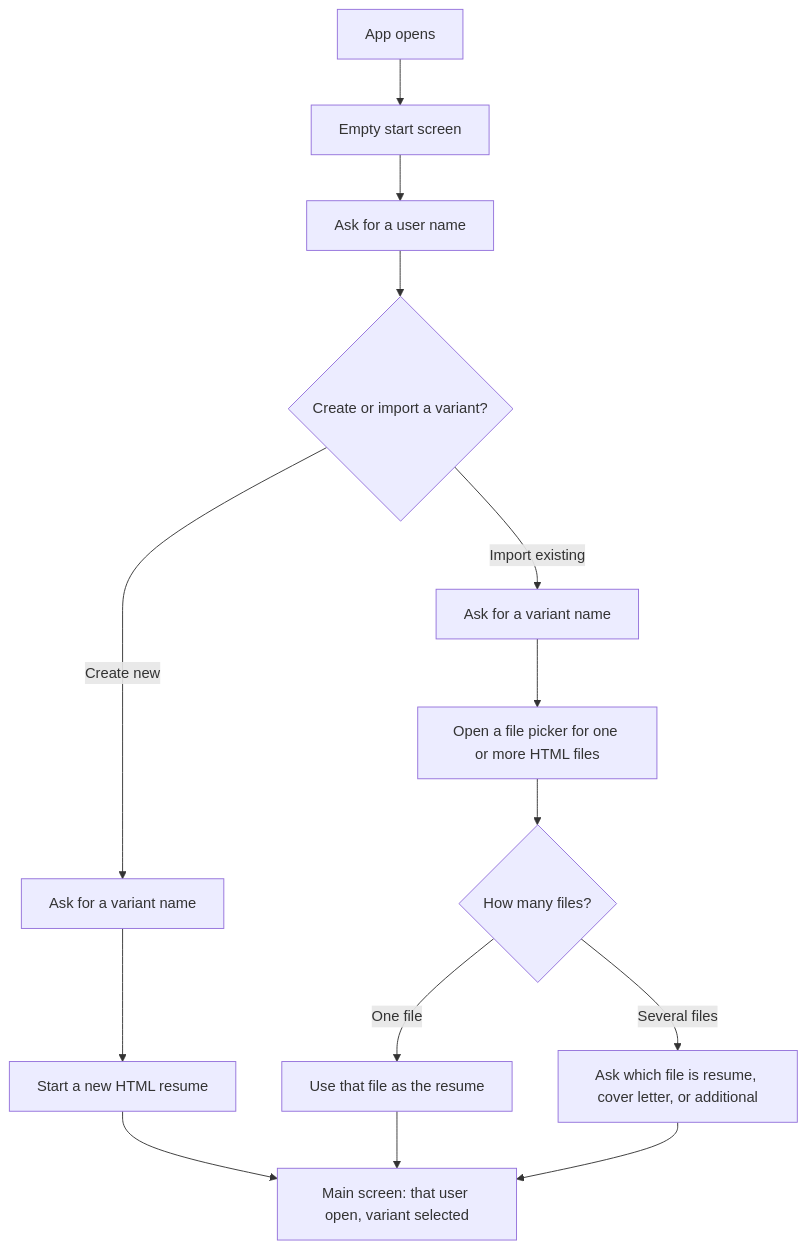
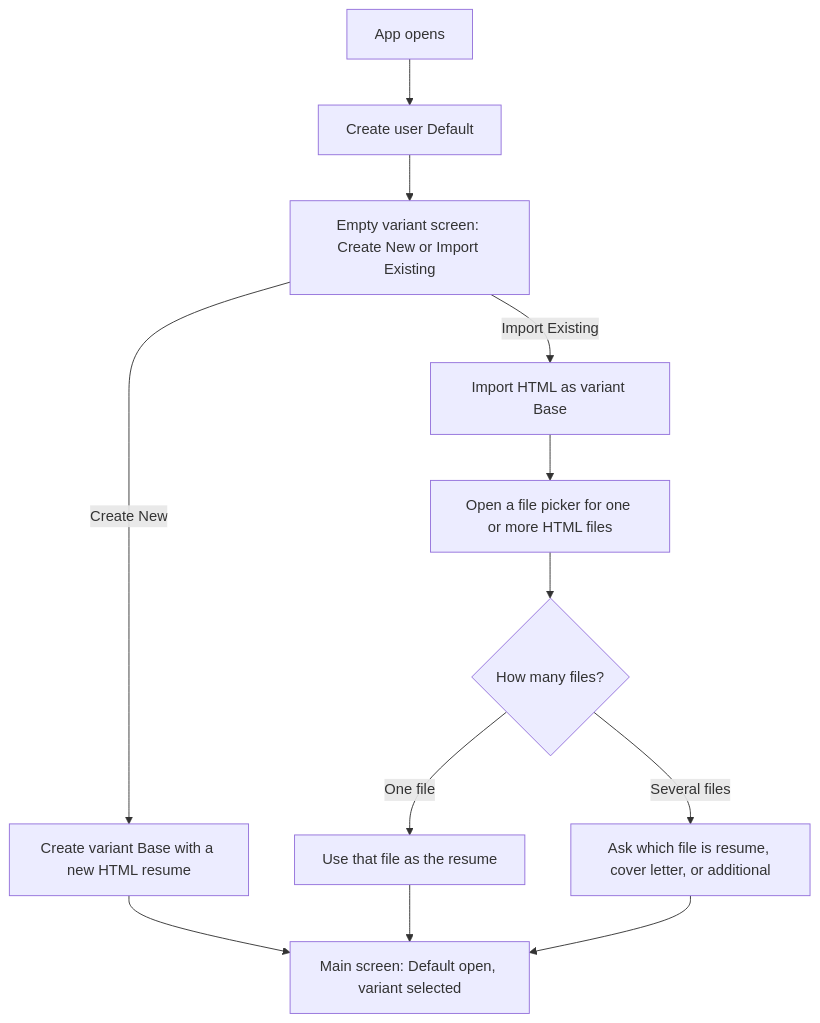
The second of 14 diagrams in docs/user-flows.md (IsmailBiswas/lines), drawn with Mermaid before and after one commit. The commit also changed other lines of this file and 22 other files, not shown here.

````diff
--- a/docs/user-flows.md
+++ b/docs/user-flows.md
@@ -37,21 +37,19 @@
 ```mermaid
 flowchart TD
   openApp[App opens]
-  empty[Empty start screen]
-  userName[Ask for a user name]
-  choice{Create or import a variant?}
-  nameNew[Ask for a variant name]
-  nameImport[Ask for a variant name]
-  createHtml[Start a new HTML resume]
+  defaultUser[Create user Default]
+  choice[Empty variant screen: Create New or Import Existing]
+  createBase[Create variant Base with a new HTML resume]
+  importBase[Import HTML as variant Base]
   picker[Open a file picker for one or more HTML files]
   count{How many files?}
   oneFile[Use that file as the resume]
   mapModal[Ask which file is resume, cover letter, or additional]
-  main[Main screen: that user open, variant selected]
+  main[Main screen: Default open, variant selected]
 
-  openApp --> empty --> userName --> choice
-  choice -->|Create new| nameNew --> createHtml --> main
-  choice -->|Import existing| nameImport --> picker --> count
+  openApp --> defaultUser --> choice
+  choice -->|Create New| createBase --> main
+  choice -->|Import Existing| importBase --> picker --> count
   count -->|One file| oneFile --> main
   count -->|Several files| mapModal --> main
 ```
````
